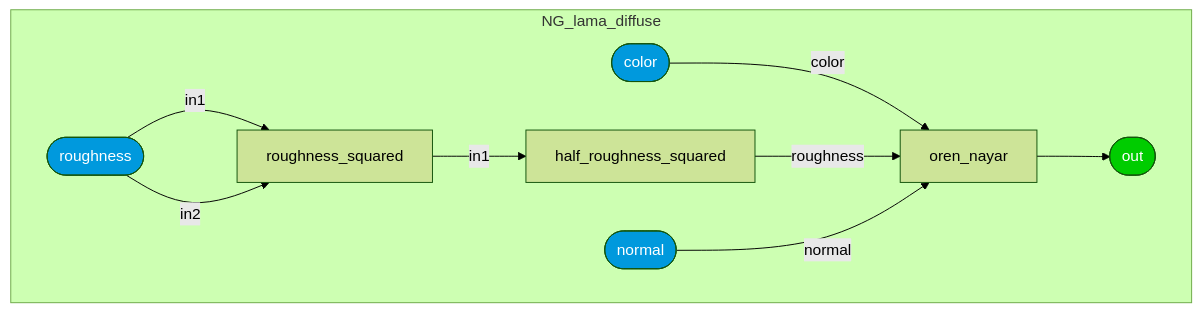
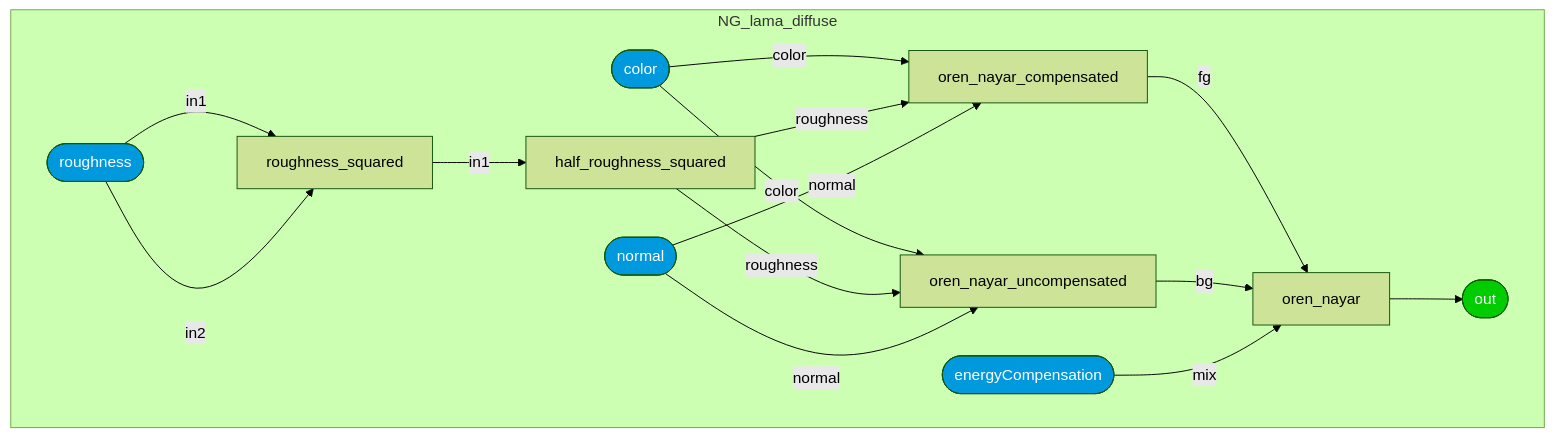
One commit to kwokcb/MaterialX_Learn changed diagram 29 of 43 in documents/definitions/bxdf_doc.md. Above: the diagram before and after it, drawn with Mermaid (forest theme). The commit also changed other lines of this file and 553 other files, not shown here.

````diff
--- a/documents/definitions/bxdf_doc.md
+++ b/documents/definitions/bxdf_doc.md
@@ -2950,23 +3138,33 @@
 ```mermaid
 graph TB
     subgraph NG_lama_diffuse
     NG_lama_diffuse_roughness_squared[roughness_squared]
     NG_lama_diffuse_half_roughness_squared[half_roughness_squared]
+    NG_lama_diffuse_oren_nayar_uncompensated[oren_nayar_uncompensated]
+    NG_lama_diffuse_oren_nayar_compensated[oren_nayar_compensated]
     NG_lama_diffuse_oren_nayar[oren_nayar]
     style NG_lama_diffuse_out  fill:#0C0, color:#FFF
     NG_lama_diffuse_out([out])
     style NG_lama_diffuse_roughness  fill:#09D, color:#FFF
     NG_lama_diffuse_roughness([roughness])
     style NG_lama_diffuse_color  fill:#09D, color:#FFF
     NG_lama_diffuse_color([color])
     style NG_lama_diffuse_normal  fill:#09D, color:#FFF
     NG_lama_diffuse_normal([normal])
+    style NG_lama_diffuse_energyCompensation  fill:#09D, color:#FFF
+    NG_lama_diffuse_energyCompensation([energyCompensation])
     end
     NG_lama_diffuse_roughness --"in1"--> NG_lama_diffuse_roughness_squared
     NG_lama_diffuse_roughness --"in2"--> NG_lama_diffuse_roughness_squared
     NG_lama_diffuse_roughness_squared --"in1"--> NG_lama_diffuse_half_roughness_squared
-    NG_lama_diffuse_color --"color"--> NG_lama_diffuse_oren_nayar
-    NG_lama_diffuse_half_roughness_squared --"roughness"--> NG_lama_diffuse_oren_nayar
-    NG_lama_diffuse_normal --"normal"--> NG_lama_diffuse_oren_nayar
+    NG_lama_diffuse_color --"color"--> NG_lama_diffuse_oren_nayar_uncompensated
+    NG_lama_diffuse_half_roughness_squared --"roughness"--> NG_lama_diffuse_oren_nayar_uncompensated
+    NG_lama_diffuse_normal --"normal"--> NG_lama_diffuse_oren_nayar_uncompensated
+    NG_lama_diffuse_color --"color"--> NG_lama_diffuse_oren_nayar_compensated
+    NG_lama_diffuse_half_roughness_squared --"roughness"--> NG_lama_diffuse_oren_nayar_compensated
+    NG_lama_diffuse_normal --"normal"--> NG_lama_diffuse_oren_nayar_compensated
+    NG_lama_diffuse_oren_nayar_compensated --"fg"--> NG_lama_diffuse_oren_nayar
+    NG_lama_diffuse_oren_nayar_uncompensated --"bg"--> NG_lama_diffuse_oren_nayar
+    NG_lama_diffuse_energyCompensation --"mix"--> NG_lama_diffuse_oren_nayar
     NG_lama_diffuse_oren_nayar --> NG_lama_diffuse_out
 ```
````
